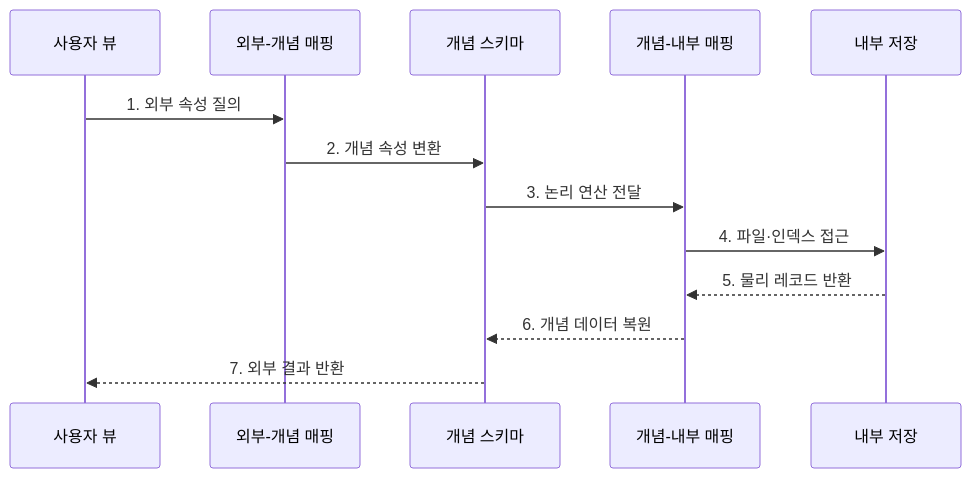
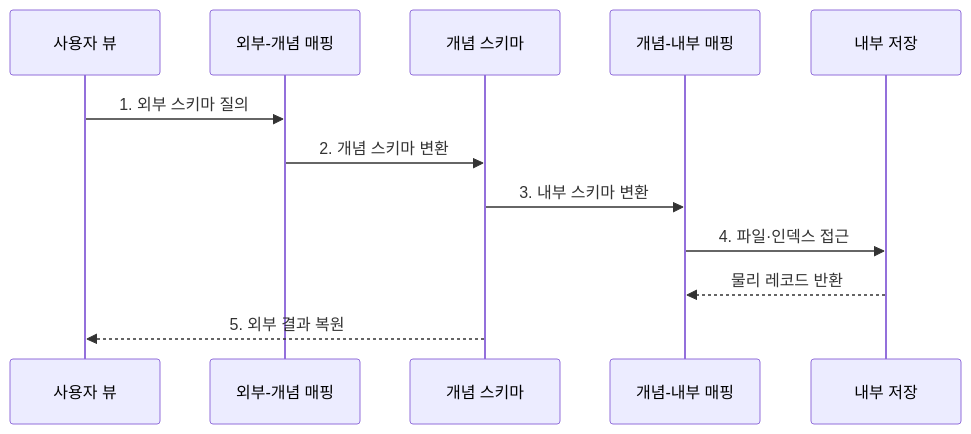
Before and after one commit to agnusdei1207/knowledge-base: the second of 2 diagrams in src/content/docs/notes/03-software/112_three_level_schema.md, drawn with Mermaid. The commit also changed other lines of this file and 238 other files, not shown here.

````diff
--- a/src/content/docs/notes/03-software/112_three_level_schema.md
+++ b/src/content/docs/notes/03-software/112_three_level_schema.md
@@ -75,15 +75,14 @@
 ```mermaid
 sequenceDiagram
     participant U as 사용자 뷰
     participant E as 외부-개념 매핑
     participant C as 개념 스키마
     participant I as 개념-내부 매핑
     participant S as 내부 저장
-    U->>E: 1. 외부 속성 질의
-    E->>C: 2. 개념 속성 변환
-    C->>I: 3. 논리 연산 전달
+    U->>E: 1. 외부 스키마 질의
+    E->>C: 2. 개념 스키마 변환
+    C->>I: 3. 내부 스키마 변환
     I->>S: 4. 파일·인덱스 접근
-    S-->>I: 5. 물리 레코드 반환
-    I-->>C: 6. 개념 데이터 복원
-    C-->>U: 7. 외부 결과 반환
+    S-->>I: 물리 레코드 반환
+    C-->>U: 5. 외부 결과 복원
 ```
````
